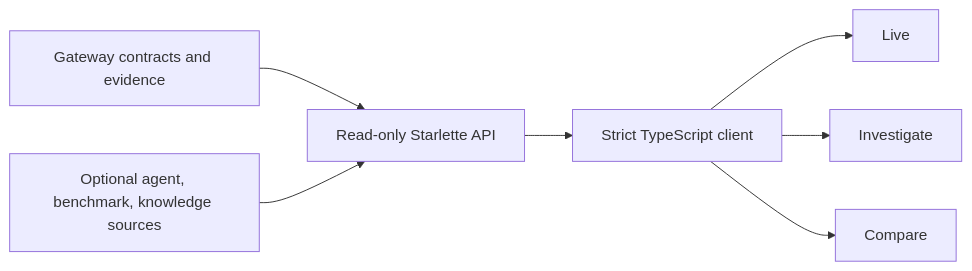
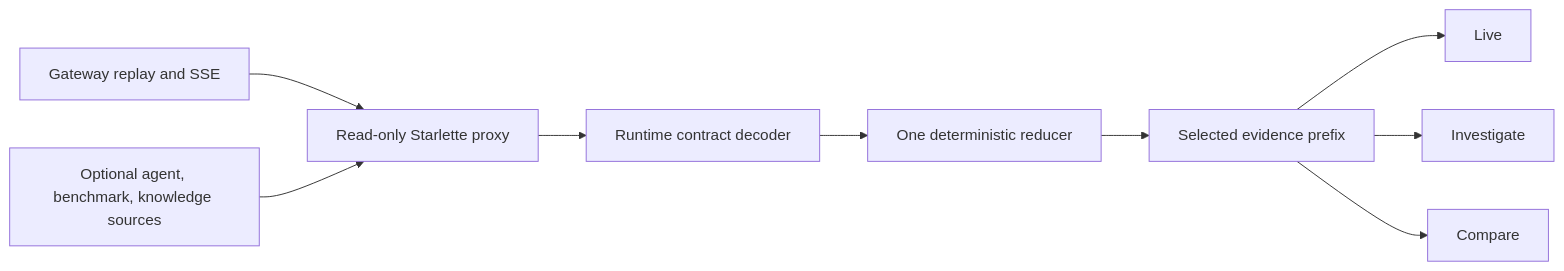
Before and after one commit to IbnouT/claude-code-camp-2026-Q2: the diagram in week2_capable/observatory/README.md, drawn with Mermaid. The commit also changed other lines of this file and 14 other files, not shown here.

````diff
--- a/week2_capable/observatory/README.md
+++ b/week2_capable/observatory/README.md
@@ -7,9 +7,11 @@
 ```mermaid
 flowchart LR
-    G["Gateway contracts and evidence"] --> A["Read-only Starlette API"]
+    G["Gateway replay and SSE"] --> A["Read-only Starlette proxy"]
     E["Optional agent, benchmark, knowledge sources"] --> A
-    A --> W["Strict TypeScript client"]
+    A --> R["Runtime contract decoder"]
+    R --> D["One deterministic reducer"]
+    D --> W["Selected evidence prefix"]
     W --> L["Live"]
     W --> I["Investigate"]
     W --> C["Compare"]
 ```
````
